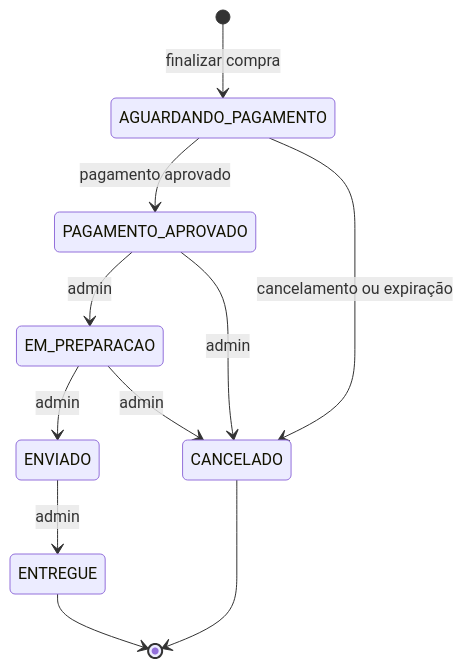
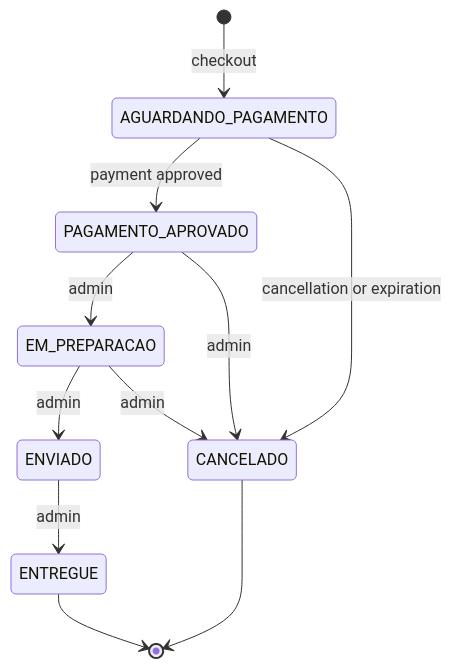
Before and after one commit to YuriErnani/marketflow: the diagram in README.md, drawn with Mermaid. The commit also changed other lines of this file, not shown here.

````diff
--- a/README.md
+++ b/README.md
@@ -83,13 +52,13 @@
 ```mermaid
 stateDiagram-v2
-    [*] --> AGUARDANDO_PAGAMENTO: finalizar compra
-    AGUARDANDO_PAGAMENTO --> PAGAMENTO_APROVADO: pagamento aprovado
-    AGUARDANDO_PAGAMENTO --> CANCELADO: cancelamento ou expiração
+    [*] --> AGUARDANDO_PAGAMENTO: checkout
+    AGUARDANDO_PAGAMENTO --> PAGAMENTO_APROVADO: payment approved
+    AGUARDANDO_PAGAMENTO --> CANCELADO: cancellation or expiration
     PAGAMENTO_APROVADO --> EM_PREPARACAO: admin
     PAGAMENTO_APROVADO --> CANCELADO: admin
     EM_PREPARACAO --> ENVIADO: admin
     EM_PREPARACAO --> CANCELADO: admin
     ENVIADO --> ENTREGUE: admin
     ENTREGUE --> [*]
     CANCELADO --> [*]
 ```
````
